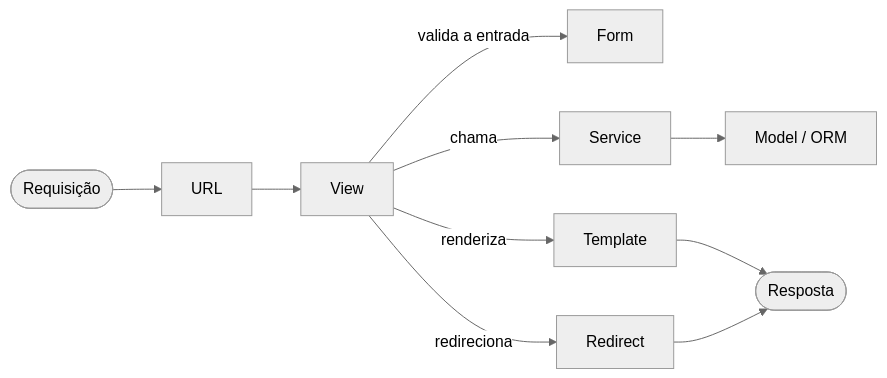
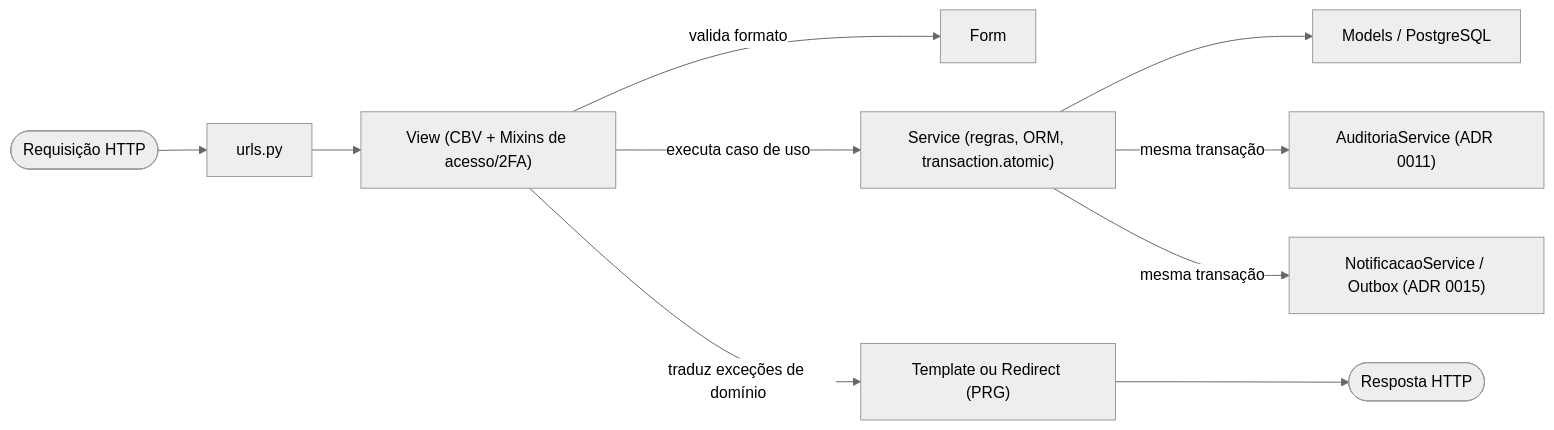
Before and after one commit to Guilhcaval/ReMed: the diagram in docs/arquitetura.md, drawn with Mermaid (neutral theme). The commit also changed other lines of this file and 66 other files, not shown here.

````diff
--- a/docs/arquitetura.md
+++ b/docs/arquitetura.md
@@ -23,12 +47,12 @@
 ```mermaid
 flowchart LR
-    Requisicao([Requisição]) --> URL
-    URL --> View
-    View -->|valida a entrada| Form
-    View -->|chama| Service
-    Service --> Model[Model / ORM]
-    View -->|renderiza| Template
-    View -->|redireciona| Redirect[Redirect]
-    Template --> Resposta([Resposta])
-    Redirect --> Resposta
+    Req(["Requisição HTTP"]) --> URL["urls.py"]
+    URL --> View["View (CBV + Mixins de acesso/2FA)"]
+    View -->|valida formato| Form["Form"]
+    View -->|executa caso de uso| Service["Service (regras, ORM, transaction.atomic)"]
+    Service --> Model["Models / PostgreSQL"]
+    Service -->|mesma transação| Audit["AuditoriaService (ADR 0011)"]
+    Service -->|mesma transação| Notif["NotificacaoService / Outbox (ADR 0015)"]
+    View -->|traduz exceções de domínio| Resp["Template ou Redirect (PRG)"]
+    Resp --> Out(["Resposta HTTP"])
 ```
````
